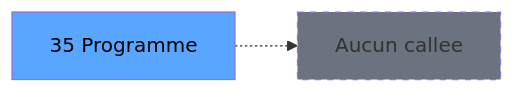
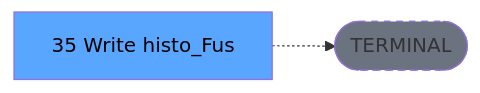
Before and after one commit to thonyAGP/lecteur-magic: the third of 3 diagrams in .openspec/renders/ADH-IDE-35.md, drawn with Mermaid. The commit also changed other lines of this file and 701 other files, not shown here.

````diff
--- a/.openspec/renders/ADH-IDE-35.md
+++ b/.openspec/renders/ADH-IDE-35.md
@@ -135,8 +134,8 @@
 ```mermaid
 graph LR
-    T[35 Programme]
-    NONE[Aucun callee]
-    T -.-> NONE
+    T[35 Write histo_Fus]
+    TERM([TERMINAL])
+    T -.-> TERM
+    style TERM fill:#6b7280,stroke-dasharray: 5 5
     style T fill:#58a6ff,color:#000
-    style NONE fill:#6b7280,stroke-dasharray: 5 5
 ```
````
